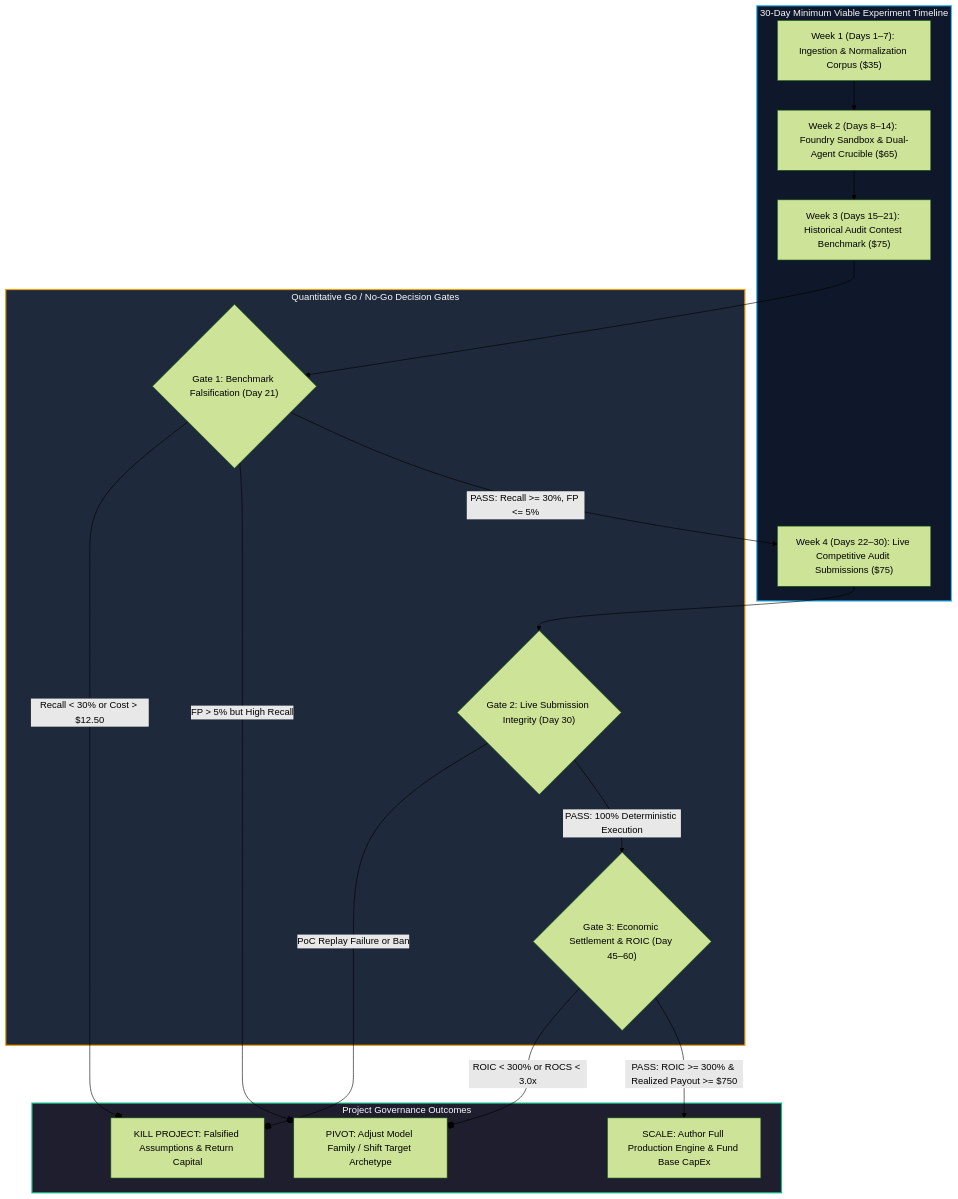
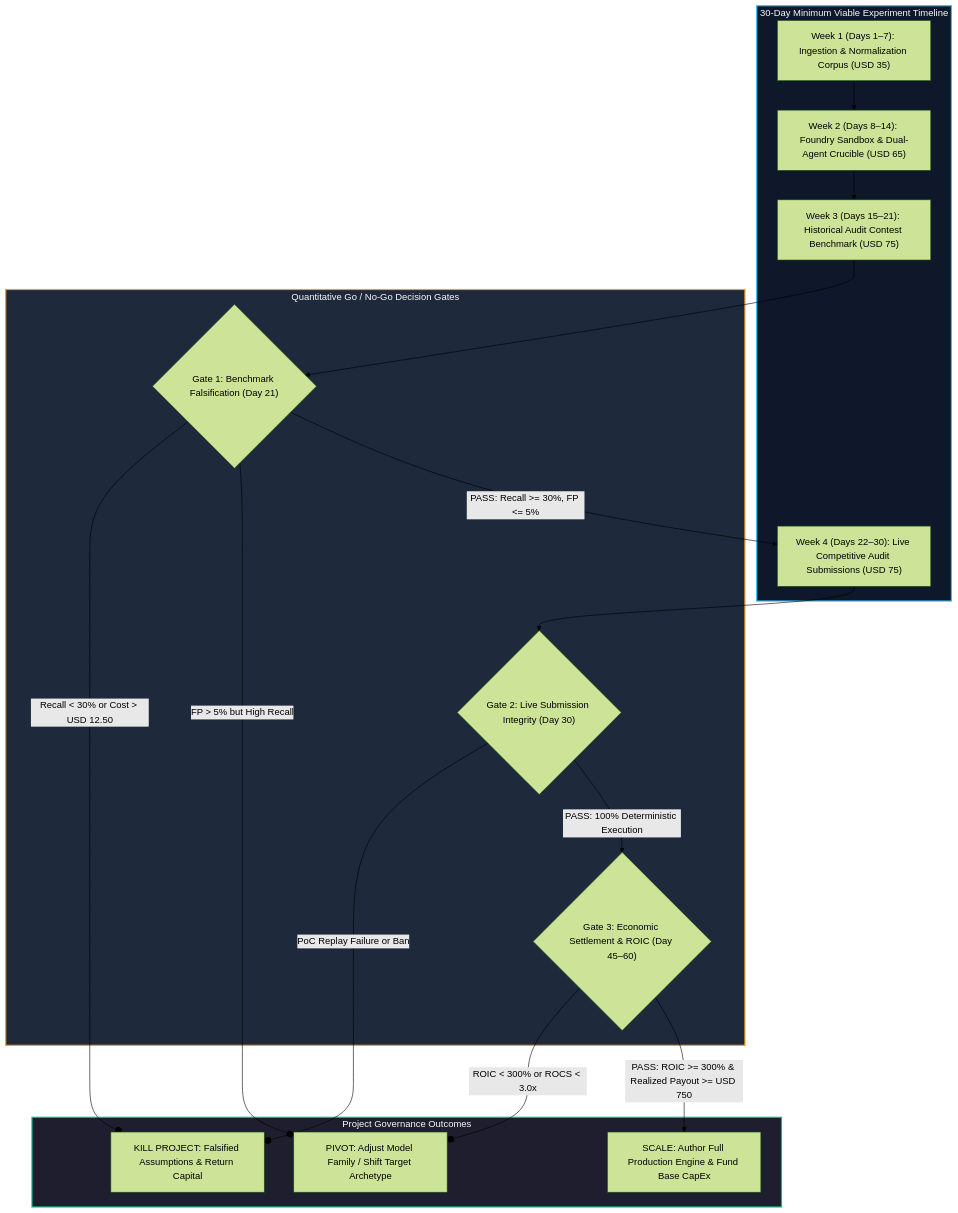
Before and after one commit to x-TheFox/Autonomous-Opportunity-Arbitrage-Engine: the first of 4 diagrams in docs/10_mvp_validation_and_decision_gates.md, drawn with Mermaid (forest theme). The commit also changed other lines of this file and 11 other files, not shown here.

````diff
--- a/docs/10_mvp_validation_and_decision_gates.md
+++ b/docs/10_mvp_validation_and_decision_gates.md
@@ -16,37 +16,37 @@
 ```mermaid
 flowchart TD
     subgraph MVE_Timeline["30-Day Minimum Viable Experiment Timeline"]
-        W1["Week 1 (Days 1–7): Ingestion & Normalization Corpus ($35)"]
-        W2["Week 2 (Days 8–14): Foundry Sandbox & Dual-Agent Crucible ($65)"]
-        W3["Week 3 (Days 15–21): Historical Audit Contest Benchmark ($75)"]
-        W4["Week 4 (Days 22–30): Live Competitive Audit Submissions ($75)"]
+        W1["Week 1 (Days 1–7): Ingestion & Normalization Corpus (USD 35)"]
+        W2["Week 2 (Days 8–14): Foundry Sandbox & Dual-Agent Crucible (USD 65)"]
+        W3["Week 3 (Days 15–21): Historical Audit Contest Benchmark (USD 75)"]
+        W4["Week 4 (Days 22–30): Live Competitive Audit Submissions (USD 75)"]
     end
 
     subgraph Decision_Gates["Quantitative Go / No-Go Decision Gates"]
         G1{"Gate 1: Benchmark Falsification (Day 21)"}
         G2{"Gate 2: Live Submission Integrity (Day 30)"}
         G3{"Gate 3: Economic Settlement & ROIC (Day 45–60)"}
     end
 
     subgraph Outcomes["Project Governance Outcomes"]
         STOP["KILL PROJECT: Falsified Assumptions & Return Capital"]
         PIVOT["PIVOT: Adjust Model Family / Shift Target Archetype"]
         SCALE["SCALE: Author Full Production Engine & Fund Base CapEx"]
     end
 
     W1 --> W2 --> W3 --> G1
-    G1 -- Recall < 30% or Cost > $12.50 --o STOP
+    G1 -- Recall < 30% or Cost > USD 12.50 --o STOP
     G1 -- FP > 5% but High Recall --o PIVOT
     G1 -- PASS: Recall >= 30%, FP <= 5% --> W4
 
     W4 --> G2
     G2 -- PoC Replay Failure or Ban --o STOP
     G2 -- PASS: 100% Deterministic Execution --> G3
 
     G3 -- ROIC < 300% or ROCS < 3.0x --o PIVOT
-    G3 -- PASS: ROIC >= 300% & Realized Payout >= $750 --> SCALE
+    G3 -- PASS: ROIC >= 300% & Realized Payout >= USD 750 --> SCALE
 
     style MVE_Timeline fill:#0f172a,stroke:#38bdf8,stroke-width:2px,color:#f8fafc
     style Decision_Gates fill:#1e293b,stroke:#f59e0b,stroke-width:2px,color:#f8fafc
     style Outcomes fill:#1e1e2e,stroke:#10b981,stroke-width:2px,color:#f8fafc
 ```
````
